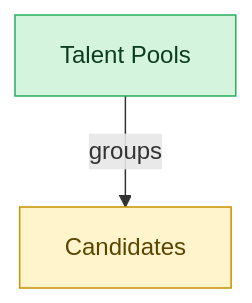
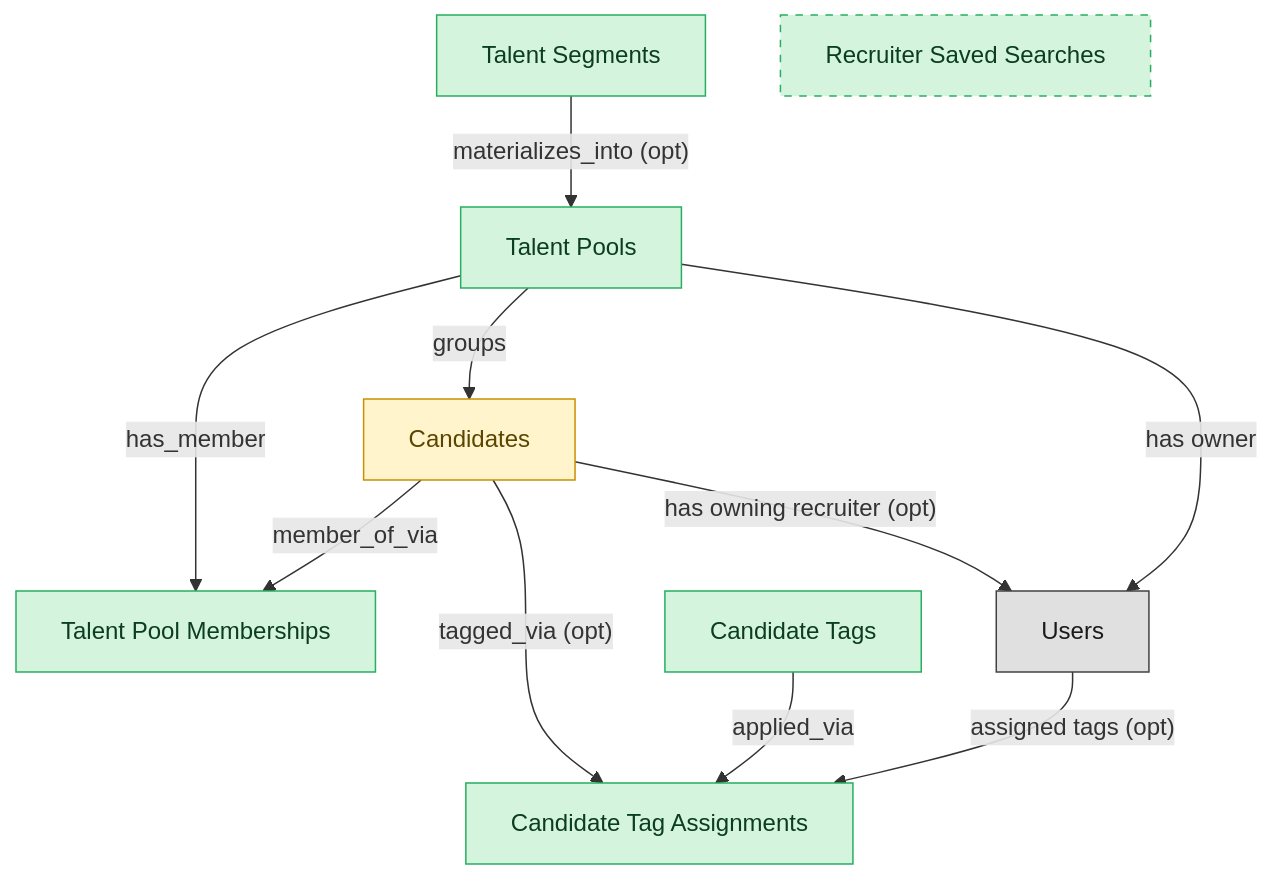
One commit to IntranetFactory/domain-map changed the diagram in catalog/blueprints/ats-talent-pools-semantic-blueprint.md. Above: the diagram before and after it, drawn with Mermaid. The commit also changed other lines of this file and 170 other files, not shown here.

````diff
--- a/catalog/blueprints/ats-talent-pools-semantic-blueprint.md
+++ b/catalog/blueprints/ats-talent-pools-semantic-blueprint.md
@@ -27,10 +34,32 @@
 ```mermaid
 flowchart TD
   classDef master fill:#d4f4dd,stroke:#27ae60,color:#0b3d20;
   classDef embedded_master fill:#fff4cc,stroke:#c79100,color:#5b4500;
+  classDef platform_builtin fill:#e0e0e0,stroke:#424242,color:#1a1a1a;
   talent_pools["Talent Pools"]
   candidates["Candidates"]
+  talent_pool_memberships["Talent Pool Memberships"]
+  talent_segments["Talent Segments"]
+  recruiter_saved_searches["Recruiter Saved Searches"]
+  candidate_tags["Candidate Tags"]
+  candidate_tag_assignments["Candidate Tag Assignments"]
+  users["Users"]
+  talent_pools -->|"has_member"| talent_pool_memberships
+  candidates -->|"member_of_via"| talent_pool_memberships
+  talent_segments -->|"materializes_into (opt)"| talent_pools
+  candidates -->|"tagged_via (opt)"| candidate_tag_assignments
+  candidate_tags -->|"applied_via"| candidate_tag_assignments
   talent_pools -->|"groups"| candidates
+  candidates -->|"has owning recruiter (opt)"| users
+  talent_pools -->|"has owner"| users
+  users -->|"assigned tags (opt)"| candidate_tag_assignments
   class talent_pools master;
   class candidates embedded_master;
+  class talent_pool_memberships master;
+  class talent_segments master;
+  class recruiter_saved_searches master;
+  class candidate_tags master;
+  class candidate_tag_assignments master;
+  class users platform_builtin;
+  style recruiter_saved_searches stroke-dasharray:5 5;
 ```
````
